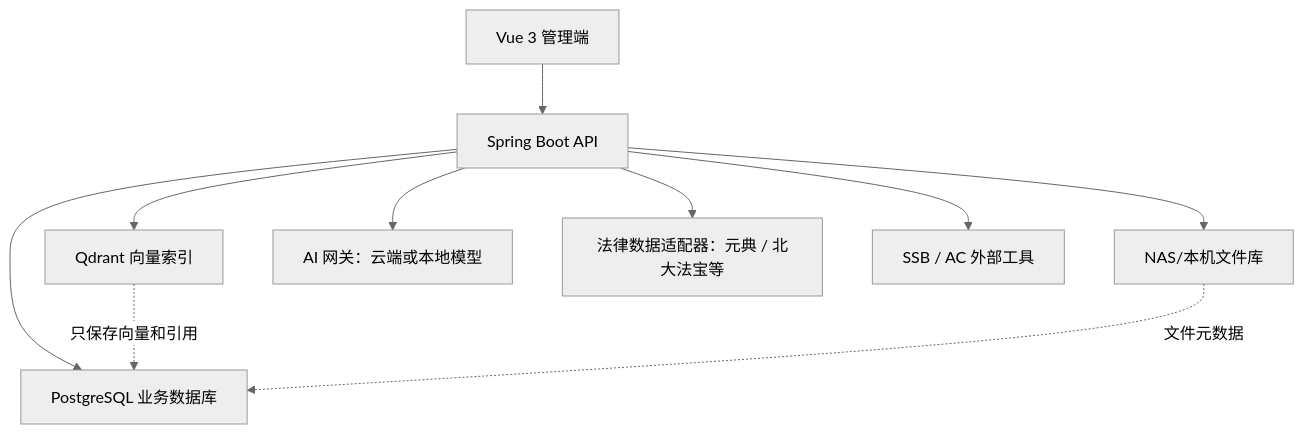
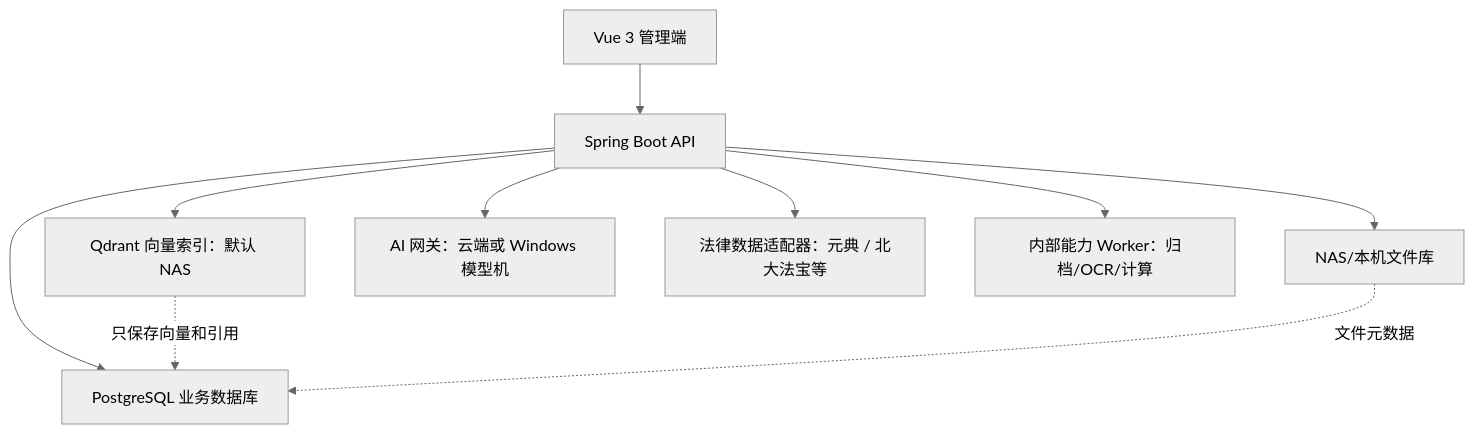
The second of 2 diagrams in PRD.md (DelayNoMoreOrganC/ZGAI), drawn with Mermaid (neutral theme) before and after one commit. The commit also changed other lines of this file and 375 other files, not shown here.

````diff
--- a/PRD.md
+++ b/PRD.md
@@ -227,12 +334,12 @@
 ```mermaid
 flowchart TB
     UI["Vue 3 管理端"] --> API["Spring Boot API"]
     API --> PG["PostgreSQL 业务数据库"]
     API --> NAS["NAS/本机文件库"]
-    API --> QD["Qdrant 向量索引"]
-    API --> AI["AI 网关：云端或本地模型"]
+    API --> QD["Qdrant 向量索引：默认 NAS"]
+    API --> AI["AI 网关：云端或 Windows 模型机"]
     API --> LEGAL["法律数据适配器：元典 / 北大法宝等"]
-    API --> EXT["SSB / AC 外部工具"]
+    API --> WORKER["内部能力 Worker：归档/OCR/计算"]
     QD -.只保存向量和引用.-> PG
     NAS -.文件元数据.-> PG
 ```
````
